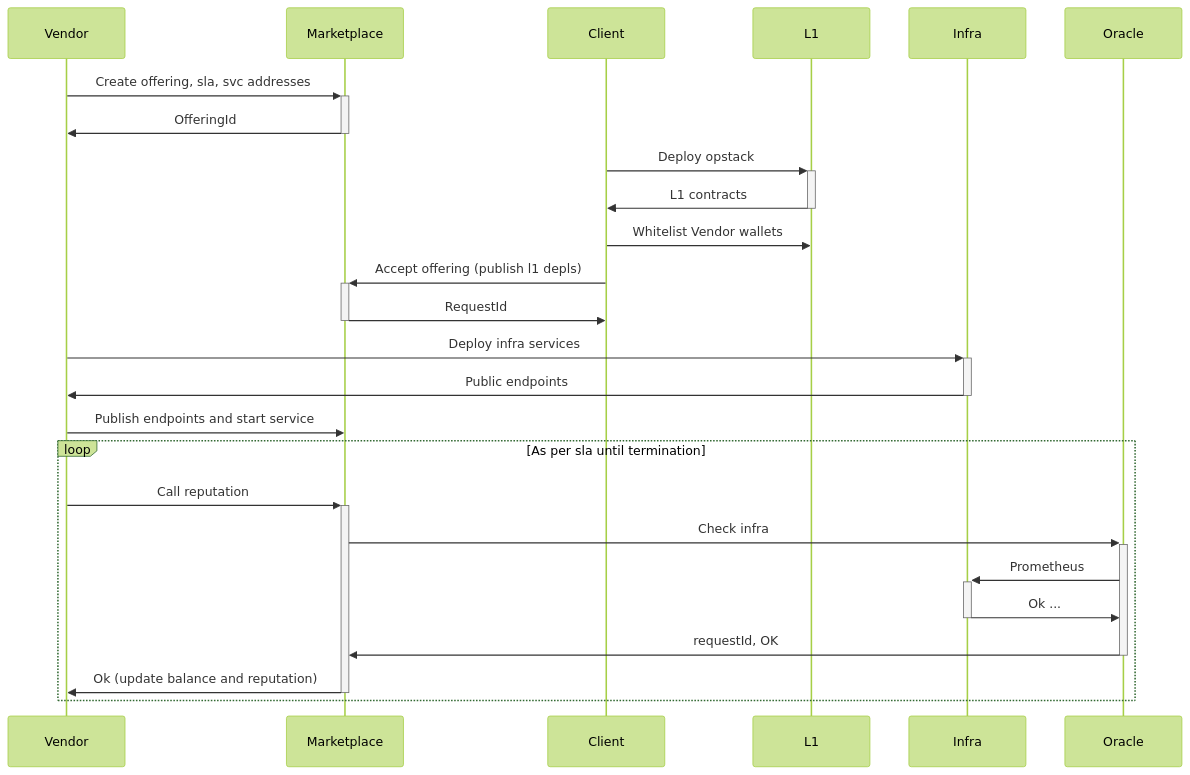
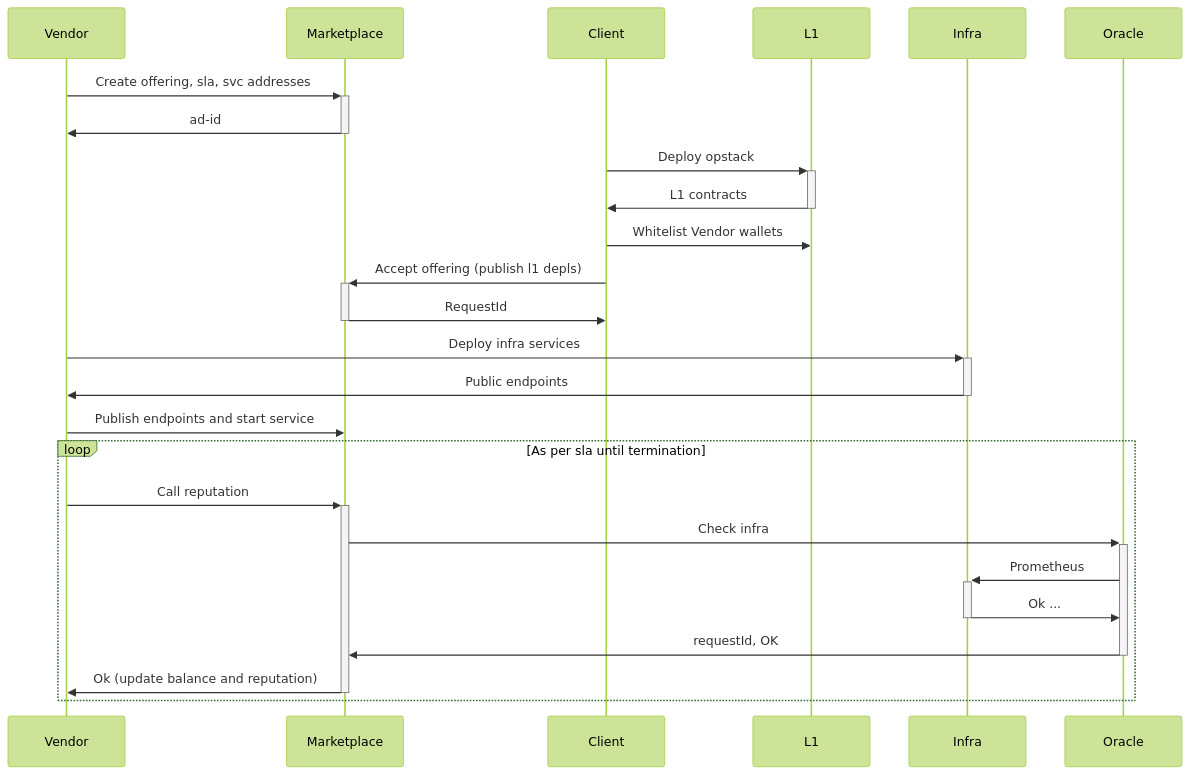
One commit to wakeuplabs-io/opraas changed the first of 2 diagrams in docs/research.md. Above: the diagram before and after it, drawn with Mermaid (forest theme). The commit also changed other lines of this file and 1 other file, not shown here.

Commit message:
research improvements + marketplace

````diff
--- a/docs/research.md
+++ b/docs/research.md
@@ -213,21 +223,21 @@
 ```mermaid
 sequenceDiagram
     Vendor->>+Marketplace: Create offering, sla, svc addresses
-	Marketplace->>-Vendor: OfferingId
+	Marketplace->>-Vendor: ad-id
     Client->>+L1: Deploy opstack
     L1->>-Client: L1 contracts
 	Client->>L1: Whitelist Vendor wallets
     Client->>+Marketplace: Accept offering (publish l1 depls)
     Marketplace->>-Client: RequestId
     Vendor->>+Infra: Deploy infra services
     Infra->>-Vendor: Public endpoints
     Vendor->>Marketplace: Publish endpoints and start service
     loop As per sla until termination
         Vendor->>+Marketplace: Call reputation
         Marketplace->>+Oracle: Check infra
         Oracle->>+Infra: Prometheus
         Infra->>-Oracle: Ok ...
         Oracle->>-Marketplace: requestId, OK
         Marketplace->>-Vendor: Ok (update balance and reputation)
     end
 ```
````
